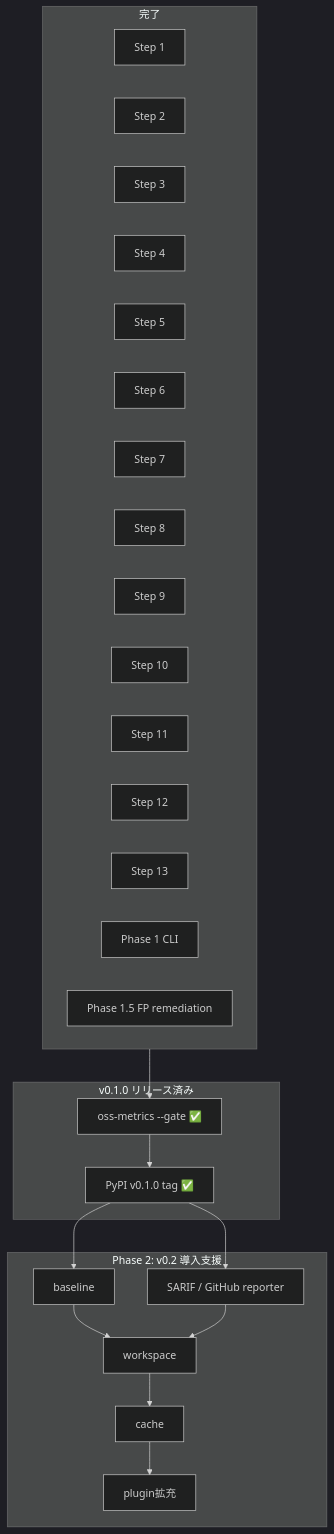
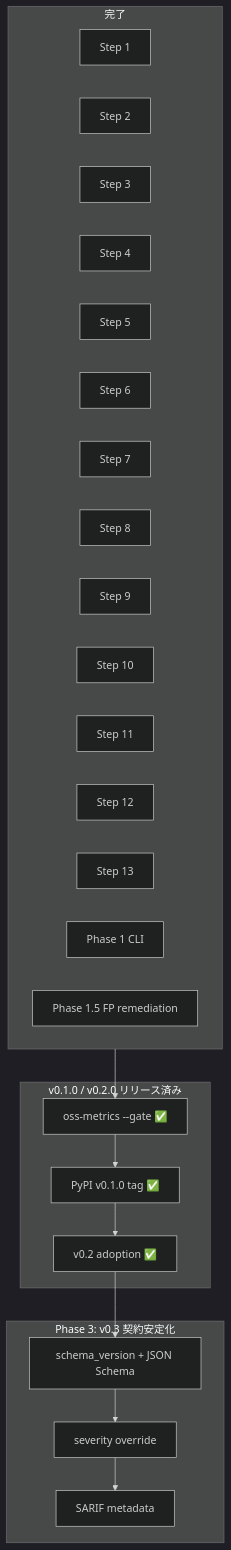
Before and after one commit to watany-dev/chokkin: the diagram in docs/dev/plans/README.md, drawn with Mermaid (dark theme). The commit also changed other lines of this file and 4 other files, not shown here.

````diff
--- a/docs/dev/plans/README.md
+++ b/docs/dev/plans/README.md
@@ -41,42 +42,39 @@
 ```mermaid
 flowchart TB
   subgraph done [完了]
     S1[Step 1]
     S2[Step 2]
     S3[Step 3]
     S4[Step 4]
     S5[Step 5]
     S6[Step 6]
     S7[Step 7]
     S8[Step 8]
     S9[Step 9]
     S10[Step 10]
     S11[Step 11]
     S12[Step 12]
     S13[Step 13]
     P1[Phase 1 CLI]
     P15[Phase 1.5 FP remediation]
   end
 
-  subgraph released [v0.1.0 リリース済み]
+  subgraph released [v0.1.0 / v0.2.0 リリース済み]
     GATE[oss-metrics --gate ✅]
     TAG[PyPI v0.1.0 tag ✅]
+    V02[v0.2 adoption ✅]
   end
 
-  subgraph next [Phase 2: v0.2 導入支援]
-    BASELINE[baseline]
-    CI[SARIF / GitHub reporter]
-    WORKSPACE[workspace]
-    CACHE[cache]
-    PLUGINS[plugin拡充]
+  subgraph current [Phase 3: v0.3 契約安定化]
+    SCHEMA[schema_version + JSON Schema]
+    SEVERITY[severity override]
+    SARIF[SARIF metadata]
   end
 
   done --> GATE
   GATE --> TAG
-  TAG --> BASELINE
-  TAG --> CI
-  BASELINE --> WORKSPACE
-  CI --> WORKSPACE
-  WORKSPACE --> CACHE
-  CACHE --> PLUGINS
+  TAG --> V02
+  V02 --> SCHEMA
+  SCHEMA --> SEVERITY
+  SEVERITY --> SARIF
 ```
````
